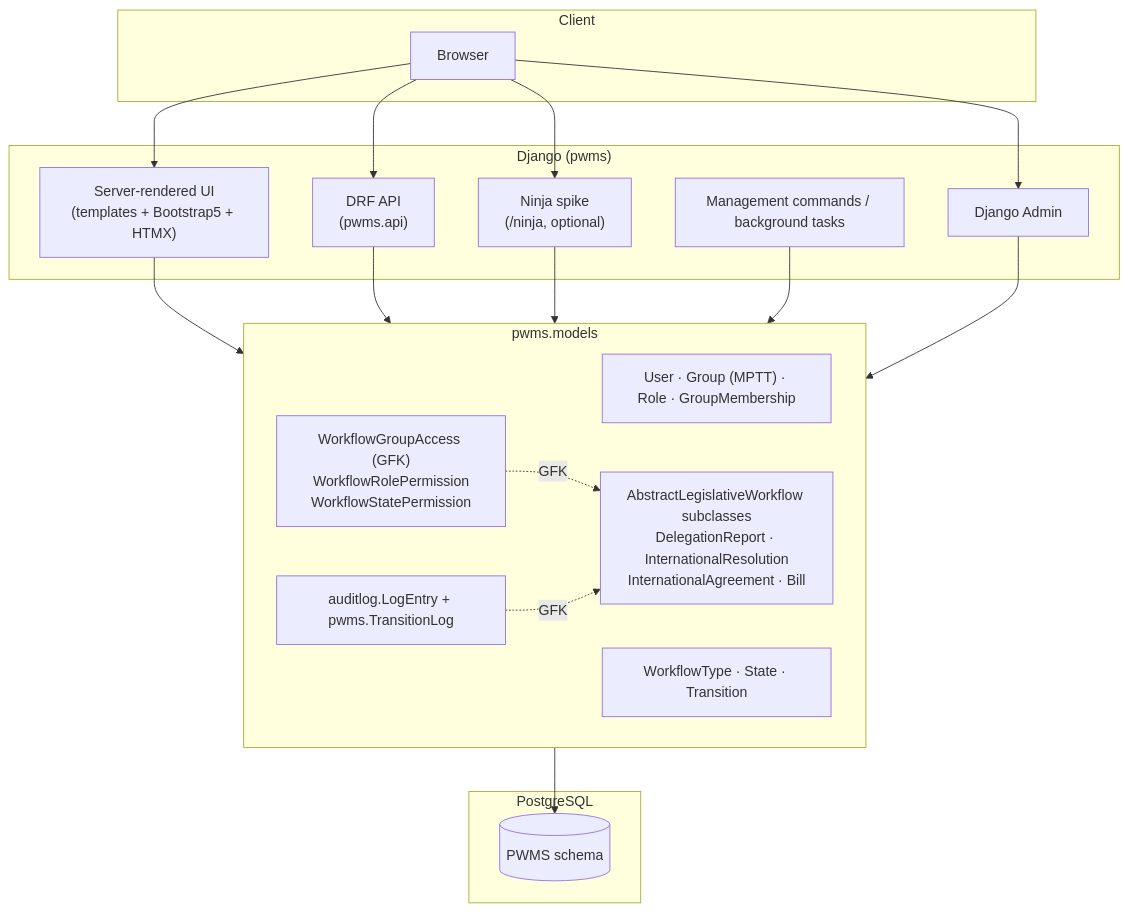
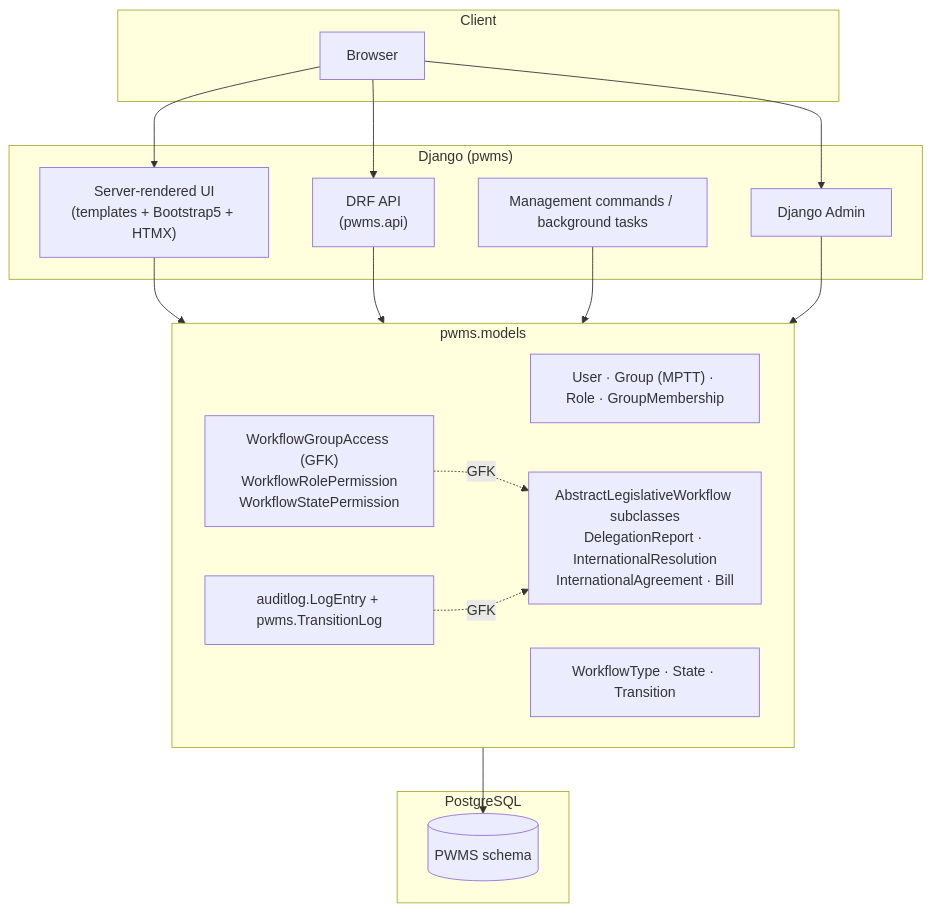
One commit to gelie/pwms_project changed the first of 4 diagrams in src/pwms/docs/System Design.md. Above: the diagram before and after it, drawn with Mermaid. The commit also changed other lines of this file and 31 other files, not shown here.

First line of the commit message:
Remove django-ninja spike and expand DRF API

````diff
--- a/src/pwms/docs/System Design.md
+++ b/src/pwms/docs/System Design.md
@@ -17,41 +17,38 @@
 ```mermaid
 flowchart TB
     subgraph Client
         Browser
     end
 
     subgraph Django["Django (pwms)"]
         Web["Server-rendered UI<br/>(templates + Bootstrap5 + HTMX)"]
         Admin["Django Admin"]
         API["DRF API<br/>(pwms.api)"]
-        Ninja["Ninja spike<br/>(/ninja, optional)"]
         Commands["Management commands / background tasks"]
     end
 
     subgraph Core["pwms.models"]
         Identity["User · Group (MPTT) · Role · GroupMembership"]
         Engine["WorkflowType · State · Transition"]
         Instances["AbstractLegislativeWorkflow subclasses<br/>DelegationReport · InternationalResolution<br/>InternationalAgreement · Bill"]
         Rbac["WorkflowGroupAccess (GFK)<br/>WorkflowRolePermission<br/>WorkflowStatePermission"]
         AuditCore["auditlog.LogEntry + pwms.TransitionLog"]
     end
 
     subgraph Data["PostgreSQL"]
         DB[("PWMS schema")]
     end
 
     Browser --> Web
     Browser --> API
-    Browser --> Ninja
     Browser --> Admin
 
     Web --> Core
     API --> Core
-    Ninja --> Core
     Commands --> Core
     Admin --> Core
 
     Rbac -.GFK.-> Instances
     AuditCore -.GFK.-> Instances
     Core --> DB
 ```
````
